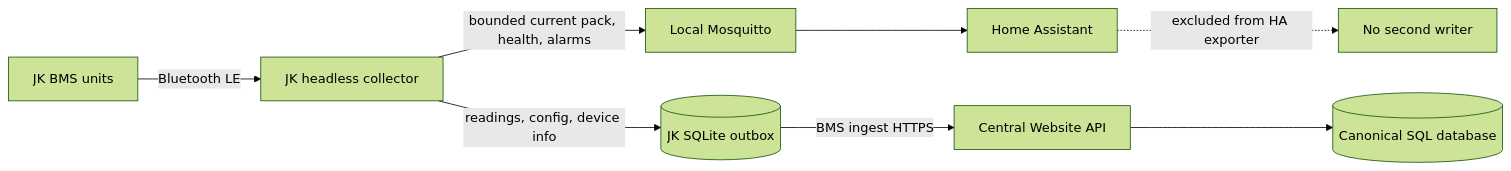
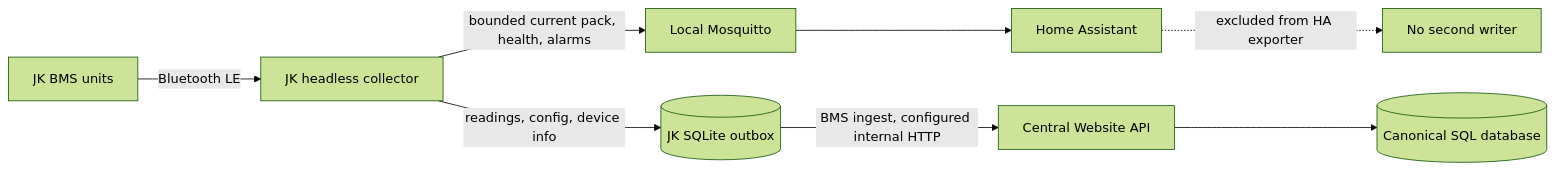
One commit to HualapaiValley/HVO.WebSite changed the third of 7 diagrams in docs/architecture/EDGE_DATA_FLOWS.md. Above: the diagram before and after it, drawn with Mermaid (forest theme). The commit also changed other lines of this file and 71 other files, not shown here.

````diff
--- a/docs/architecture/EDGE_DATA_FLOWS.md
+++ b/docs/architecture/EDGE_DATA_FLOWS.md
@@ -75,10 +79,10 @@
 ```mermaid
 flowchart LR
     BMS[JK BMS units] -->|Bluetooth LE| COL[JK headless collector]
     COL -->|bounded current pack, health, alarms| MQTT[Local Mosquitto]
     MQTT --> HA[Home Assistant]
     COL -->|readings, config, device info| OUT[(JK SQLite outbox)]
-    OUT -->|BMS ingest HTTPS| API[Central Website API]
+    OUT -->|BMS ingest, configured internal HTTP| API[Central Website API]
     API --> DB[(Canonical SQL database)]
     HA -. excluded from HA exporter .-> X[No second writer]
 ```
````
